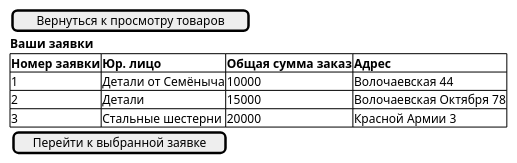
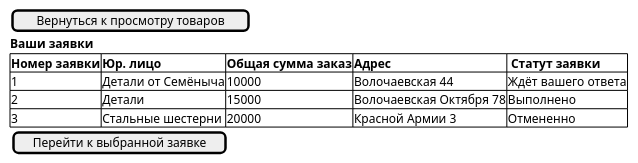
The diagram in uml-диаграммы/Поставщик/Ваши_заявки.puml (BombasticFantastik/PIS_Course_work), drawn with PlantUML before and after one commit. The commit also changed 21 other files, not shown here.

Commit message:
Добавил базу и 3 диаграммы пригодности (try0)

```diff
--- a/uml-диаграммы/Поставщик/Ваши_заявки.puml
+++ b/uml-диаграммы/Поставщик/Ваши_заявки.puml
@@ -1,15 +1,15 @@
 @startsalt Отправление заявки
 {
     [Вернуться к просмотру товаров]
     <b>Ваши заявки
-    {#<b>Номер заявки|<b>Юр. лицо| <b>Общая сумма заказ| <b>Адрес
-    1|Детали от Семёныча|10000|Волочаевская 44
-    2|Детали|15000|Волочаевская Октября 78
-    3|Стальные шестерни|20000|Красной Армии 3
+    {#<b>Номер заявки|<b>Юр. лицо| <b>Общая сумма заказ| <b>Адрес| <b> Статут заявки
+    1|Детали от Семёныча|10000|Волочаевская 44 | Ждёт вашего ответа
+    2|Детали|15000|Волочаевская Октября 78 | Выполнено
+    3|Стальные шестерни|20000|Красной Армии 3 |     Отмененно
     }
     {
         [Перейти к выбранной заявке]
     }
     
 }
 @endsalt
```
